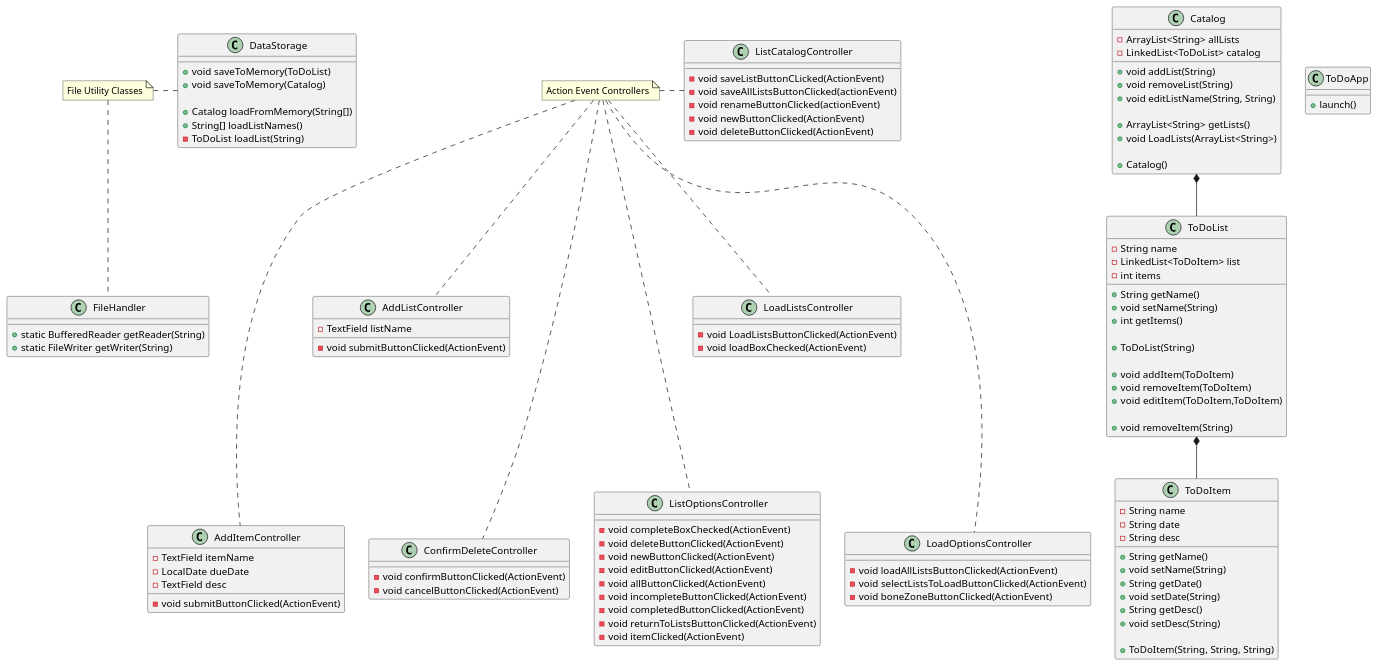
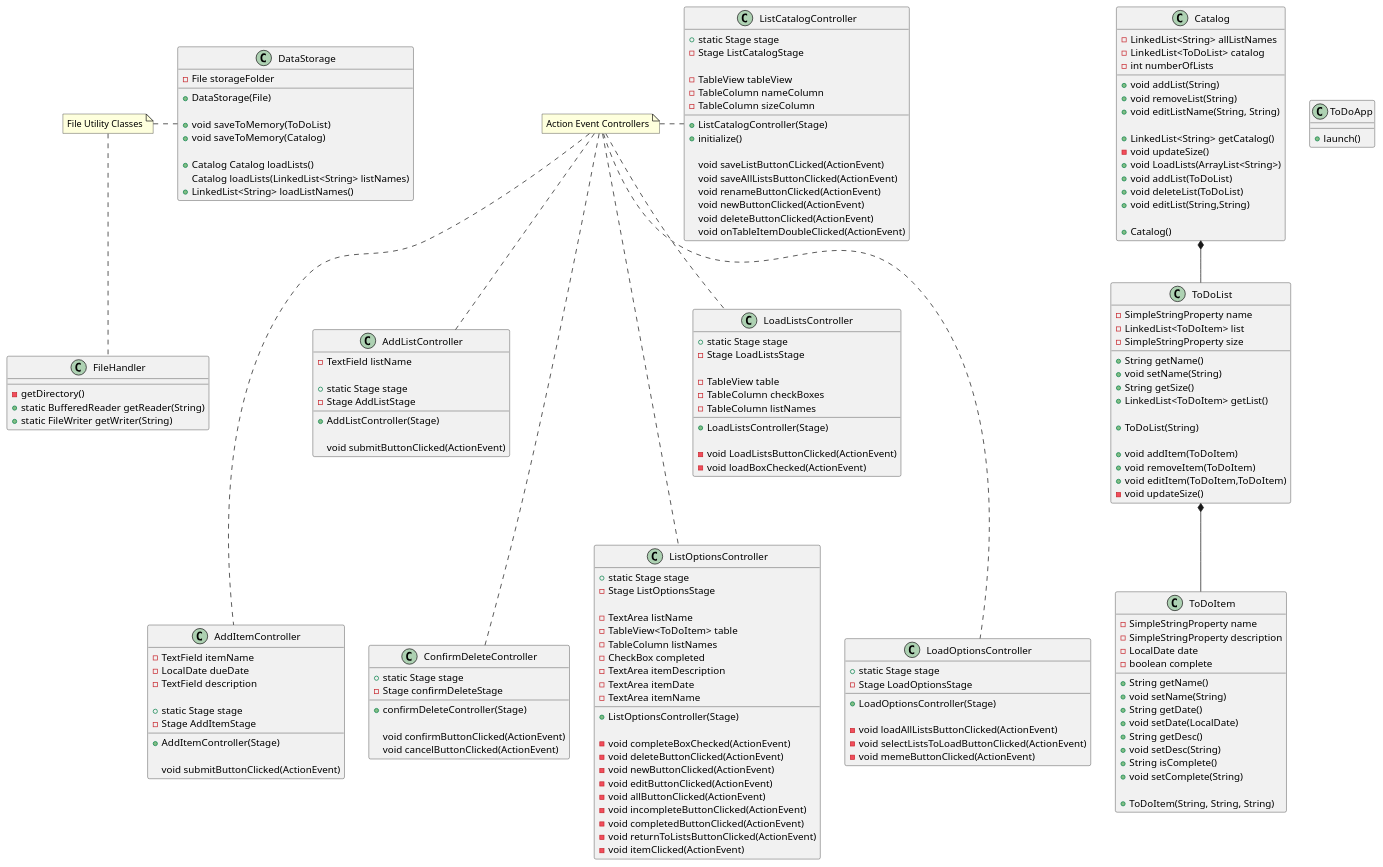
One commit to G00SE-Y/woollet-cop3330-assignment4part2 changed the diagram in uml/ClassDiagram.puml. Above: the diagram before and after it, drawn with PlantUML. The commit also changed 2 other files, not shown here.

Commit message:
updated .puml and minor name changes

```diff
--- a/uml/ClassDiagram.puml
+++ b/uml/ClassDiagram.puml
@@ -4,32 +4,70 @@
 class AddItemController {
 -TextField itemName
 -LocalDate dueDate
--TextField desc
+-TextField description
 
++static Stage stage
+-Stage AddItemStage
 
--void submitButtonClicked(ActionEvent)
++AddItemController(Stage)
+
+void submitButtonClicked(ActionEvent)
 }
 
 class AddListController {
 -TextField listName
 
--void submitButtonClicked(ActionEvent)
++static Stage stage
+-Stage AddListStage
+
++AddListController(Stage)
+
+void submitButtonClicked(ActionEvent)
 }
 
 class ConfirmDeleteController {
--void confirmButtonClicked(ActionEvent)
--void cancelButtonClicked(ActionEvent)
++static Stage stage
+-Stage confirmDeleteStage
+
++confirmDeleteController(Stage)
+
+void confirmButtonClicked(ActionEvent)
+void cancelButtonClicked(ActionEvent)
 }
 
 class ListCatalogController {
--void saveListButtonCLicked(ActionEvent)
--void saveAllListsButtonClicked(actionEvent)
--void renameButtonClicked(actionEvent)
--void newButtonClicked(ActionEvent)
--void deleteButtonClicked(ActionEvent)
++static Stage stage
+-Stage ListCatalogStage
+
+-TableView tableView
+-TableColumn nameColumn
+-TableColumn sizeColumn
+
++ListCatalogController(Stage)
++initialize()
+
+void saveListButtonCLicked(ActionEvent)
+void saveAllListsButtonClicked(ActionEvent)
+void renameButtonClicked(ActionEvent)
+void newButtonClicked(ActionEvent)
+void deleteButtonClicked(ActionEvent)
+void onTableItemDoubleClicked(ActionEvent)
 }
 
 class ListOptionsController {
++static Stage stage
+-Stage ListOptionsStage
+
+-TextArea listName
+-TableView<ToDoItem> table
+-TableColumn listNames
+-CheckBox completed
+-TextArea itemDescription
+-TextArea itemDate
+-TextArea itemName
+
++ListOptionsController(Stage)
+
 -void completeBoxChecked(ActionEvent)
 -void deleteButtonClicked(ActionEvent)
 -void newButtonClicked(ActionEvent)
@@ -42,59 +80,81 @@
 }
 
 class LoadListsController {
++static Stage stage
+-Stage LoadListsStage
+
+-TableView table
+-TableColumn checkBoxes
+-TableColumn listNames
+
++LoadListsController(Stage)
+
 -void LoadListsButtonClicked(ActionEvent)
 -void loadBoxChecked(ActionEvent)
 }
 
 class LoadOptionsController {
++static Stage stage
+-Stage LoadOptionsStage
+
++LoadOptionsController(Stage)
+
 -void loadAllListsButtonClicked(ActionEvent)
 -void selectListsToLoadButtonClicked(ActionEvent)
--void boneZoneButtonClicked(ActionEvent)
+-void memeButtonClicked(ActionEvent)
 }
 
 class ToDoItem {
--String name
--String date
--String desc
+-SimpleStringProperty name
+-SimpleStringProperty description
+-LocalDate date
+-boolean complete
 
 +String getName()
 +void setName(String)
 +String getDate()
-+void setDate(String)
++void setDate(LocalDate)
 +String getDesc()
 +void setDesc(String)
++String isComplete()
++void setComplete(String)
 
 +ToDoItem(String, String, String)
 }
 
 class ToDoList {
--String name
+-SimpleStringProperty name
 -LinkedList<ToDoItem> list
--int items
+-SimpleStringProperty size
 
 +String getName()
 +void setName(String)
-+int getItems()
++String getSize()
++LinkedList<ToDoItem> getList()
 
 +ToDoList(String)
 
 +void addItem(ToDoItem)
 +void removeItem(ToDoItem)
 +void editItem(ToDoItem,ToDoItem)
-
-+void removeItem(String)
+-void updateSize()
 }
 
 class Catalog {
--ArrayList<String> allLists
+-LinkedList<String> allListNames
 -LinkedList<ToDoList> catalog
+-int numberOfLists
 
 +void addList(String)
 +void removeList(String)
 +void editListName(String, String)
 
-+ArrayList<String> getLists()
++LinkedList<String> getCatalog()
+-void updateSize()
 +void LoadLists(ArrayList<String>)
++void addList(ToDoList)
++void deleteList(ToDoList)
++void editList(String,String)
 
 +Catalog()
 }
@@ -104,15 +164,20 @@
 }
 
 class DataStorage {
+-File storageFolder
+
++DataStorage(File)
+
 +void saveToMemory(ToDoList)
 +void saveToMemory(Catalog)
 
-+Catalog loadFromMemory(String[])
-+String[] loadListNames()
--ToDoList loadList(String)
++Catalog Catalog loadLists()
+Catalog loadLists(LinkedList<String> listNames)
++LinkedList<String> loadListNames()
 }
 
 class FileHandler {
+-getDirectory()
 +static BufferedReader getReader(String)
 +static FileWriter getWriter(String)
 }
```
